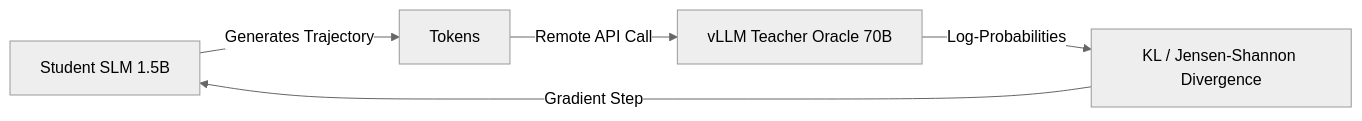
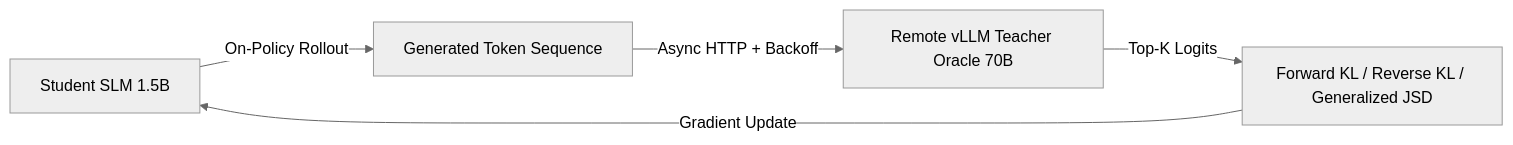
The second of 2 diagrams in README.md (vfcarida/Small-Language-Models-SLMs-), drawn with Mermaid (neutral theme) before and after one commit. The commit also changed other lines of this file and 72 other files, not shown here.

````diff
--- a/README.md
+++ b/README.md
@@ -72,7 +87,7 @@
 ```mermaid
 graph LR
-    Student[Student SLM 1.5B] -->|Generates Trajectory| Traj[Tokens]
-    Traj -->|Remote API Call| vLLM[vLLM Teacher Oracle 70B]
-    vLLM -->|Log-Probabilities| JSD[KL / Jensen-Shannon Divergence]
-    JSD -->|Gradient Step| Student
+    Student[Student SLM 1.5B] -->|On-Policy Rollout| Traj[Generated Token Sequence]
+    Traj -->|Async HTTP + Backoff| vLLM[Remote vLLM Teacher Oracle 70B]
+    vLLM -->|Top-K Logits| Loss[Forward KL / Reverse KL / Generalized JSD]
+    Loss -->|Gradient Update| Student
 ```
````
